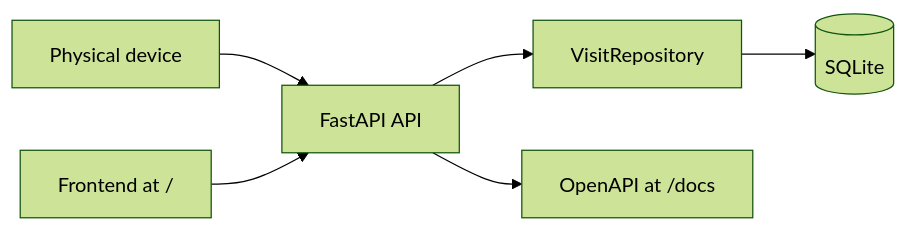
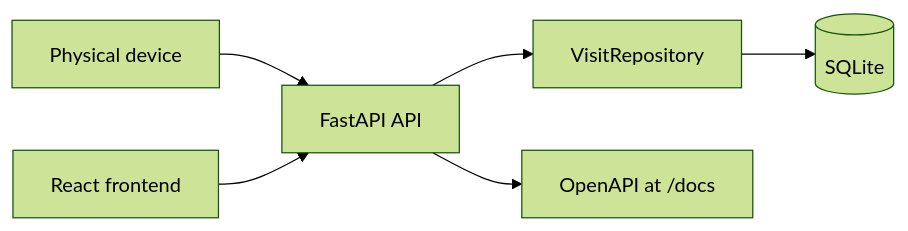
The diagram in README.md (pclararobles/tree-nation-visits), drawn with Mermaid (forest theme) before and after one commit. The commit also changed other lines of this file and 27 other files, not shown here.

Commit message:
Add dockerized React frontend

````diff
--- a/README.md
+++ b/README.md
@@ -65,8 +77,8 @@
 ```mermaid
 flowchart LR
     Device["Physical device"] --> API["FastAPI API"]
     API --> Repo["VisitRepository"]
     Repo --> DB[("SQLite")]
-    Browser["Frontend at /"] --> API
+    Frontend["React frontend"] --> API
     API --> Docs["OpenAPI at /docs"]
 ```
````
